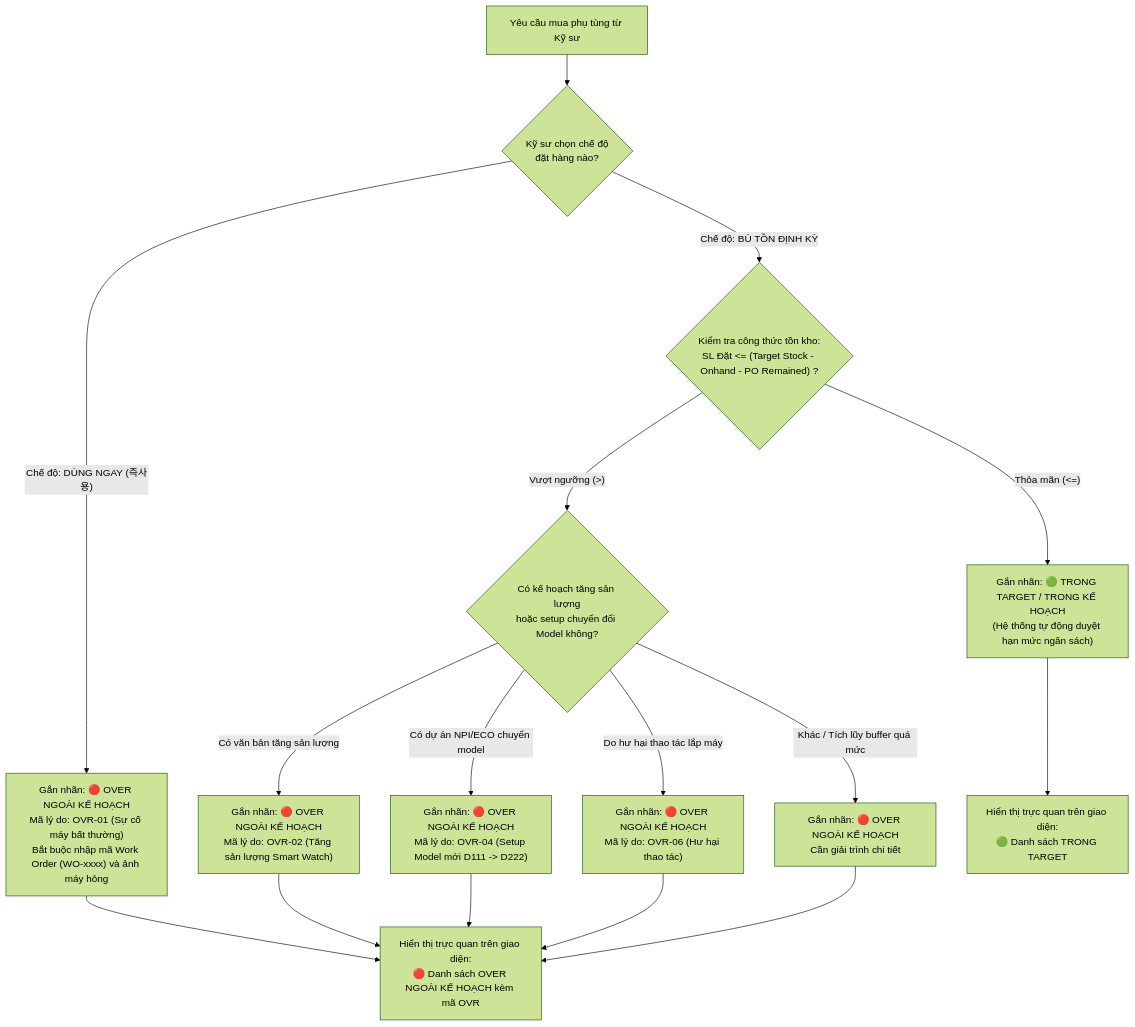
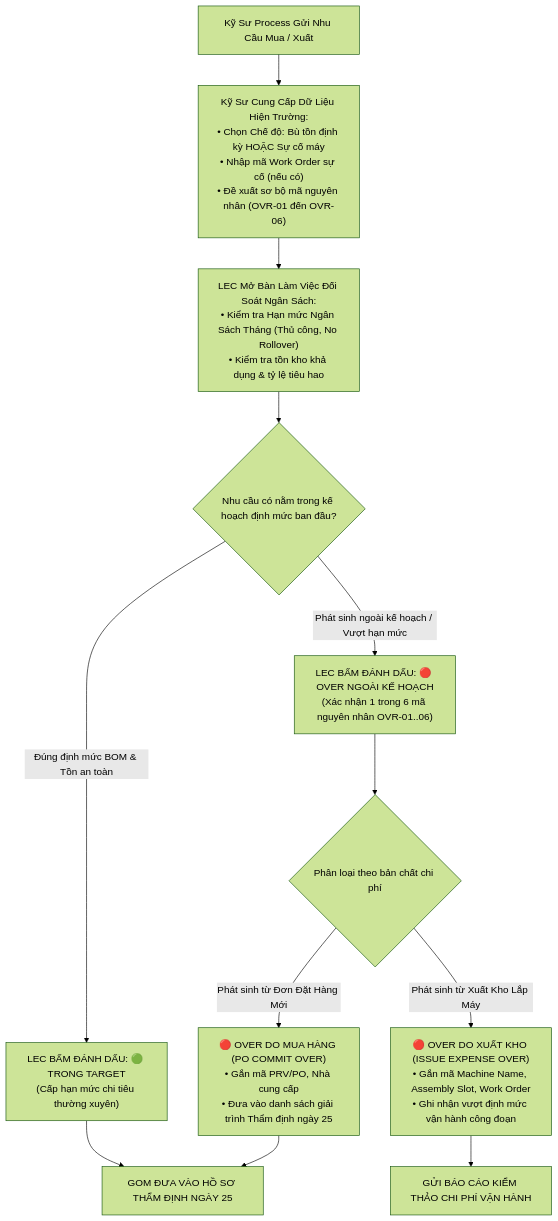
One commit to longphamduc-vn/ops-workflow changed the diagram in procurement-system/06-process-workflows-and-diagrams/04-target-vs-over-evaluation-flow.md. Above: the diagram before and after it, drawn with Mermaid (forest theme). The commit also changed other lines of this file and 27 other files, not shown here.

````diff
--- a/procurement-system/06-process-workflows-and-diagrams/04-target-vs-over-evaluation-flow.md
+++ b/procurement-system/06-process-workflows-and-diagrams/04-target-vs-over-evaluation-flow.md
@@ -5,20 +8,22 @@
 ```mermaid
 flowchart TD
-    Start["Yêu cầu mua phụ tùng từ Kỹ sư"] --> CheckType{"Kỹ sư chọn chế độ\nđặt hàng nào?"}
+    Start["Kỹ Sư Process Gửi Nhu Cầu Mua / Xuất"] --> EngineerInput["Kỹ Sư Cung Cấp Dữ Liệu Hiện Trường:\n• Chọn Chế độ: Bù tồn định kỳ HOẶC Sự cố máy\n• Nhập mã Work Order sự cố (nếu có)\n• Đề xuất sơ bộ mã nguyên nhân (OVR-01 đến OVR-06)"]
     
-    CheckType -->|"Chế độ: DÙNG NGAY (즉사용)"| FlagOverBreakdown["Gắn nhãn: 🔴 OVER NGOÀI KẾ HOẠCH\nMã lý do: OVR-01 (Sự cố máy bất thường)\nBắt buộc nhập mã Work Order (WO-xxxx) và ảnh máy hỏng"]
+    EngineerInput --> LEC_Review["LEC Mở Bàn Làm Việc Đối Soát Ngân Sách:\n• Kiểm tra Hạn mức Ngân Sách Tháng (Thủ công, No Rollover)\n• Kiểm tra tồn kho khả dụng & tỷ lệ tiêu hao"]
     
-    CheckType -->|"Chế độ: BÙ TỒN ĐỊNH KỲ"| CheckMath{"Kiểm tra công thức tồn kho:\nSL Đặt <= (Target Stock - Onhand - PO Remained) ?"}
+    LEC_Review --> EvalCheck{"Nhu cầu có nằm trong kế hoạch định mức ban đầu?"}
     
-    CheckMath -->|"Thỏa mãn (<=)"| FlagInTarget["Gắn nhãn: 🟢 TRONG TARGET / TRONG KẾ HOẠCH\n(Hệ thống tự động duyệt hạn mức ngân sách)"]
+    EvalCheck -->|"Đúng định mức BOM & Tồn an toàn"| ActionTarget["LEC BẤM ĐÁNH DẤU: 🟢 TRONG TARGET\n(Cấp hạn mức chi tiêu thường xuyên)"]
     
-    CheckMath -->|"Vượt ngưỡng (>)"| CheckPlanChange{"Có kế hoạch tăng sản lượng\nhoặc setup chuyển đổi Model không?"}
+    EvalCheck -->|"Phát sinh ngoài kế hoạch / Vượt hạn mức"| ActionOver["LEC BẤM ĐÁNH DẤU: 🔴 OVER NGOÀI KẾ HOẠCH\n(Xác nhận 1 trong 6 mã nguyên nhân OVR-01..06)"]
     
-    CheckPlanChange -->|"Có văn bản tăng sản lượng"| FlagOverVol["Gắn nhãn: 🔴 OVER NGOÀI KẾ HOẠCH\nMã lý do: OVR-02 (Tăng sản lượng Smart Watch)"]
-    CheckPlanChange -->|"Có dự án NPI/ECO chuyển model"| FlagOverModel["Gắn nhãn: 🔴 OVER NGOÀI KẾ HOẠCH\nMã lý do: OVR-04 (Setup Model mới D111 -> D222)"]
-    CheckPlanChange -->|"Do hư hại thao tác lắp máy"| FlagOverDam["Gắn nhãn: 🔴 OVER NGOÀI KẾ HOẠCH\nMã lý do: OVR-06 (Hư hại thao tác)"]
-    CheckPlanChange -->|"Khác / Tích lũy buffer quá mức"| FlagOverMisc["Gắn nhãn: 🔴 OVER NGOÀI KẾ HOẠCH\nCần giải trình chi tiết"]
-
-    FlagInTarget --> UI_Display["Hiển thị trực quan trên giao diện:\n🟢 Danh sách TRONG TARGET"]
-    FlagOverBreakdown & FlagOverVol & FlagOverModel & FlagOverDam & FlagOverMisc --> UI_OverDisplay["Hiển thị trực quan trên giao diện:\n🔴 Danh sách OVER NGOÀI KẾ HOẠCH kèm mã OVR"]
+    ActionOver --> SplitFlow{"Phân loại theo bản chất chi phí"}
+    
+    SplitFlow -->|"Phát sinh từ Đơn Đặt Hàng Mới"| OverPO["🔴 OVER DO MUA HÀNG (PO COMMIT OVER)\n• Gắn mã PRV/PO, Nhà cung cấp\n• Đưa vào danh sách giải trình Thẩm định ngày 25"]
+    
+    SplitFlow -->|"Phát sinh từ Xuất Kho Lắp Máy"| OverIssue["🔴 OVER DO XUẤT KHO (ISSUE EXPENSE OVER)\n• Gắn mã Machine Name, Assembly Slot, Work Order\n• Ghi nhận vượt định mức vận hành công đoạn"]
+    
+    ActionTarget --> AuditQueue["GOM ĐƯA VÀO HỒ SƠ THẨM ĐỊNH NGÀY 25"]
+    OverPO --> AuditQueue
+    OverIssue --> MonthlyReview["GỬI BÁO CÁO KIỂM THẢO CHI PHÍ VẬN HÀNH"]
 ```
````
